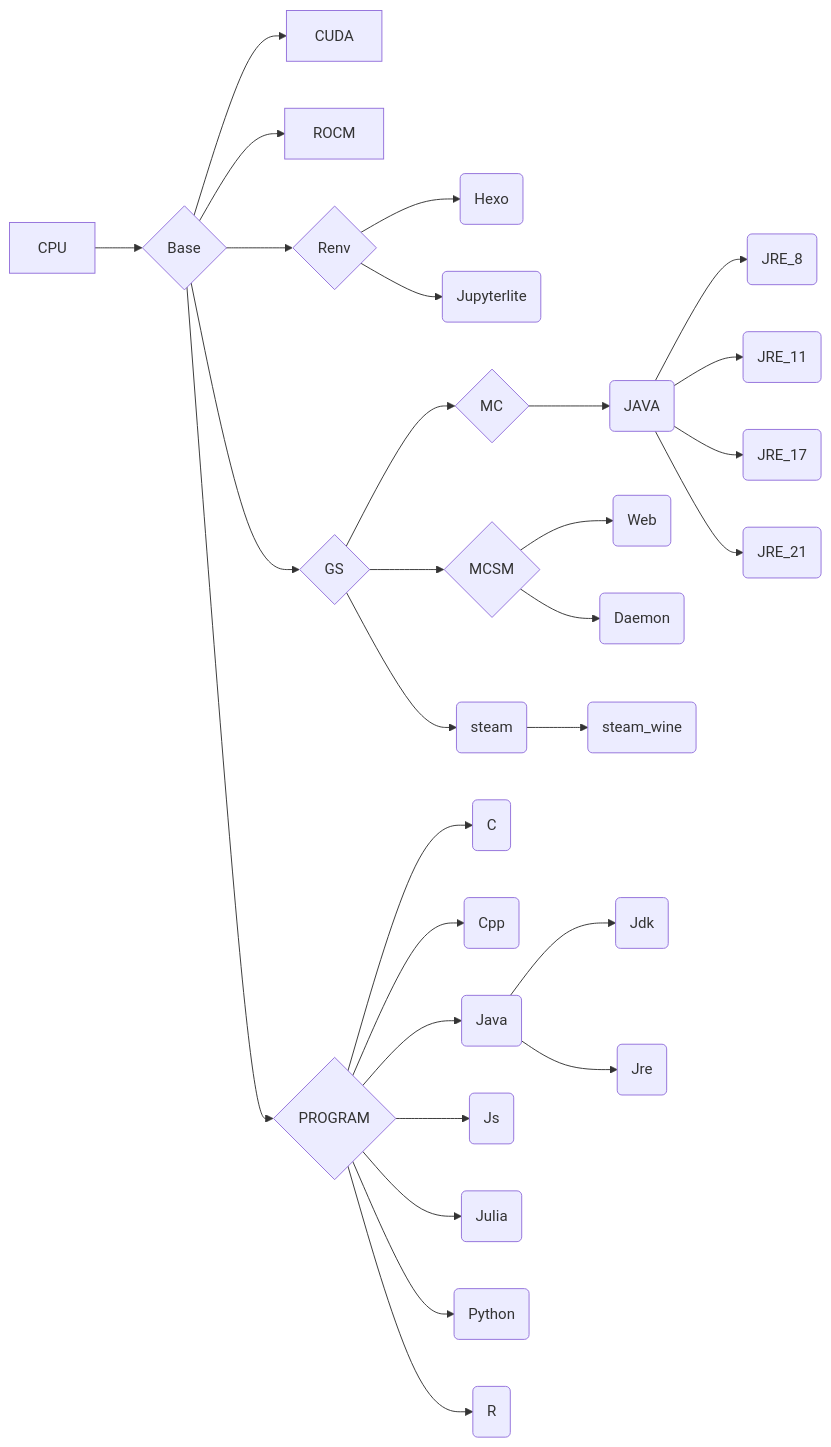
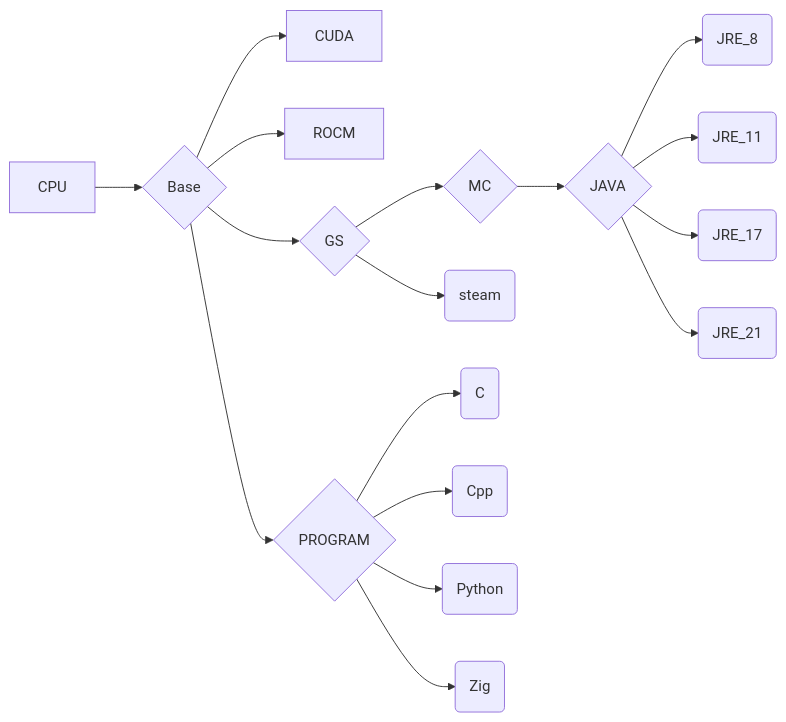
The diagram in README.md (eoeair/cenv), drawn with Mermaid before and after one commit. The commit also changed other lines of this file and 51 other files, not shown here.

````diff
--- a/README.md
+++ b/README.md
@@ -34,33 +29,20 @@
 ```mermaid
 graph LR
 
 CPU-->B{Base}
 B-->CUDA
 B-->ROCM
 
-B-->C{Renv}
-C-->CA(Hexo)
-C-->CB(Jupyterlite)
-
-B-->G{GS}-->GA{MC}-->GAA(JAVA)
+B-->G{GS}-->GA{MC}-->GAA{JAVA}
 GAA-->GAAA(JRE_8)
 GAA-->GAAB(JRE_11)
 GAA-->GAAC(JRE_17)
 GAA-->GAAD(JRE_21)
-
-G-->GB{MCSM}-->GBA(Web)
-GB-->GBB(Daemon)
-
-G-->GC(steam)-->GCA(steam_wine)
+G-->GB(steam)
 
 B-->P{PROGRAM}
 P-->PA(C)
 P-->PB(Cpp)
-P-->PC(Java)
-PC-->PCA(Jdk)
-PC-->PCB(Jre)
-P-->PD(Js)
-P-->PE(Julia)
-P-->PF(Python)
-P-->PG(R)
+P-->PC(Python)
+P-->PD(Zig)
 ```
````
